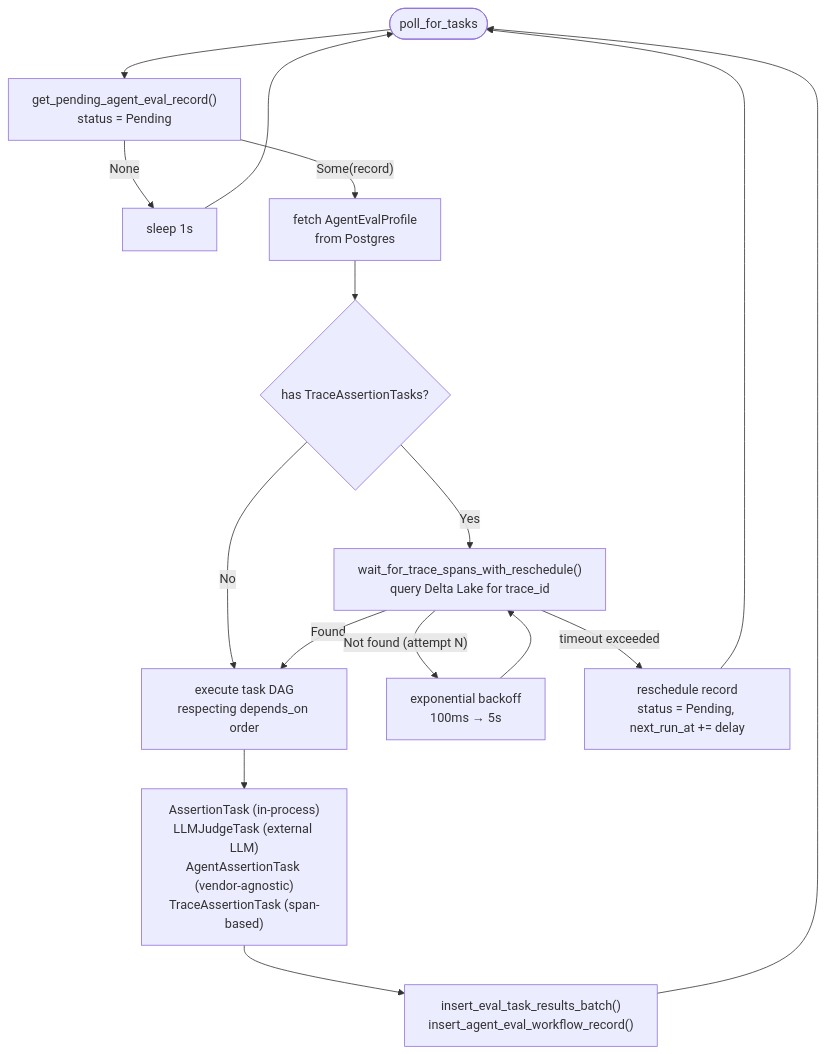
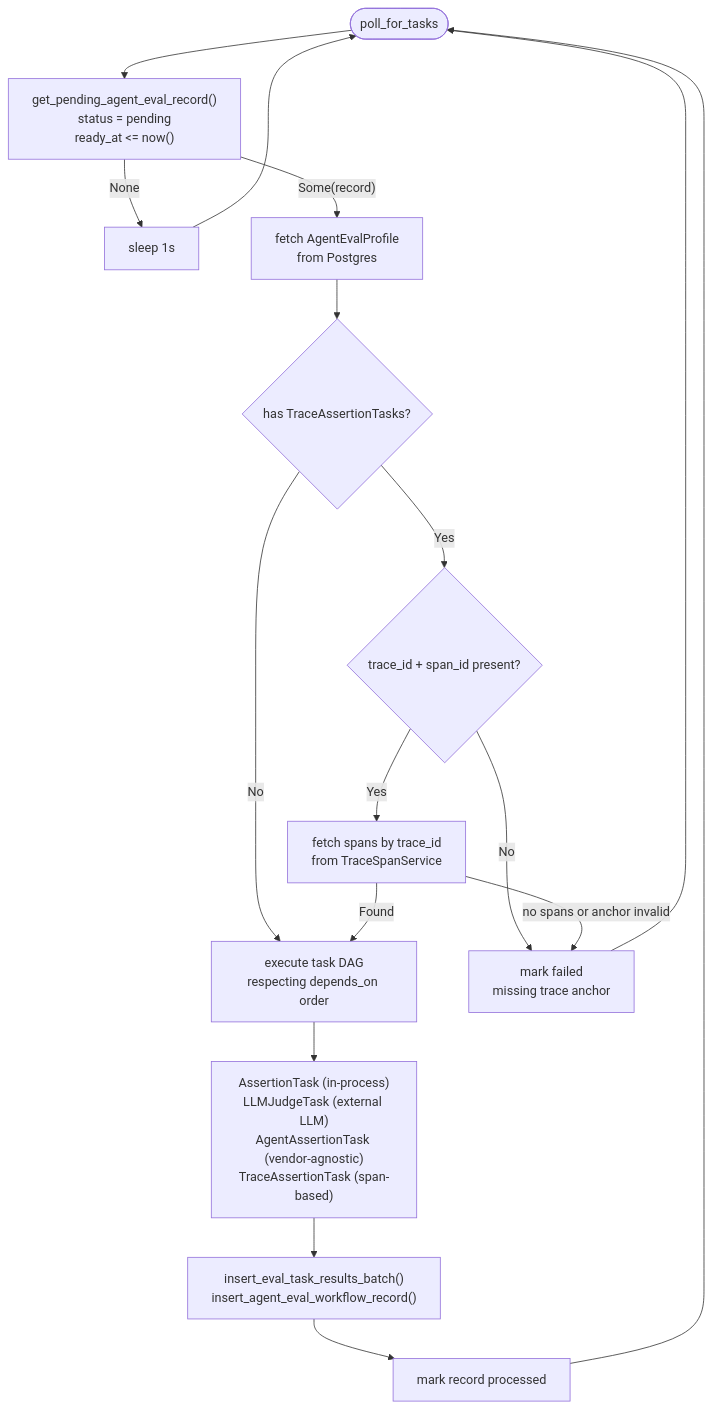
The fifth of 8 diagrams in docs/src/content/docs/architecture/overview.mdx (demml/scouter), drawn with Mermaid before and after one commit. The commit also changed other lines of this file and 57 other files, not shown here.

````diff
--- a/docs/src/content/docs/architecture/overview.mdx
+++ b/docs/src/content/docs/architecture/overview.mdx
@@ -193,18 +221,19 @@
 ```mermaid
 flowchart TD
-    A([poll_for_tasks]) --> B["get_pending_agent_eval_record()\nstatus = Pending"]
+    A([poll_for_tasks]) --> B["get_pending_agent_eval_record()\nstatus = pending\nready_at <= now()"]
     B -- None --> C["sleep 1s"]
     C --> A
     B -- "Some(record)" --> D["fetch AgentEvalProfile\nfrom Postgres"]
     D --> E{has TraceAssertionTasks?}
     E -- No --> H
-    E -- Yes --> F["wait_for_trace_spans_with_reschedule()\nquery Delta Lake for trace_id"]
-    F -- Found --> H["execute task DAG\nrespecting depends_on order"]
-    F -- "Not found (attempt N)" --> G["exponential backoff\n100ms → 5s"]
-    G --> F
-    F -- "timeout exceeded" --> R["reschedule record\nstatus = Pending, next_run_at += delay"]
-    R --> A
+    E -- Yes --> F{trace_id + span_id present?}
+    F -- No --> X["mark failed\nmissing trace anchor"]
+    F -- Yes --> G["fetch spans by trace_id\nfrom TraceSpanService"]
+    G -- "no spans or anchor invalid" --> X
+    G -- Found --> H["execute task DAG\nrespecting depends_on order"]
     H --> I["AssertionTask (in-process)\nLLMJudgeTask (external LLM)\nAgentAssertionTask (vendor-agnostic)\nTraceAssertionTask (span-based)"]
     I --> J["insert_eval_task_results_batch()\ninsert_agent_eval_workflow_record()"]
-    J --> A
+    J --> K["mark record processed"]
+    X --> A
+    K --> A
 ```
````
